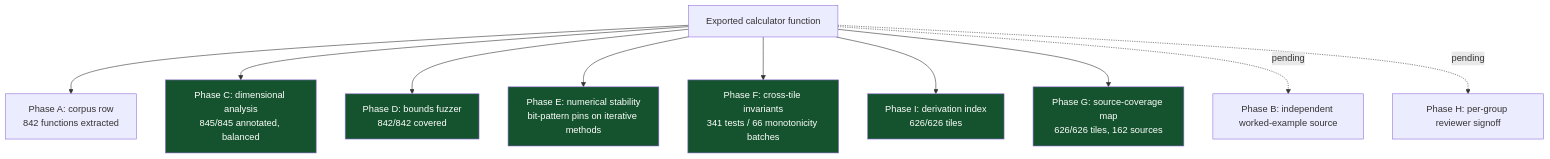
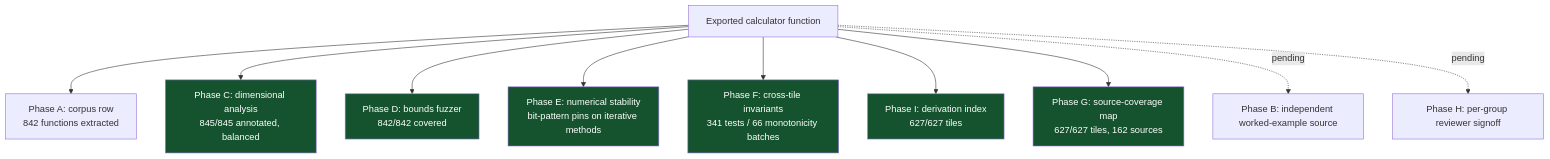
The sixth of 8 diagrams in README.md (clay-good/roughlogic.com), drawn with Mermaid before and after one commit. The commit also changed other lines of this file and 14 other files, not shown here.

````diff
--- a/README.md
+++ b/README.md
@@ -474,18 +474,18 @@
 ```mermaid
 flowchart TB
     F[Exported calculator function] --> A[Phase A: corpus row\n842 functions extracted]
     F --> C[Phase C: dimensional analysis\n845/845 annotated, balanced]
     F --> D[Phase D: bounds fuzzer\n842/842 covered]
     F --> E[Phase E: numerical stability\nbit-pattern pins on iterative methods]
     F --> Fa[Phase F: cross-tile invariants\n341 tests / 66 monotonicity batches]
-    F --> I[Phase I: derivation index\n626/626 tiles]
-    F --> G[Phase G: source-coverage map\n626/626 tiles, 162 sources]
+    F --> I[Phase I: derivation index\n627/627 tiles]
+    F --> G[Phase G: source-coverage map\n627/627 tiles, 162 sources]
     F -.pending.-> B[Phase B: independent worked-example source]
     F -.pending.-> H[Phase H: per-group reviewer signoff]
     style C fill:#14532d,color:#fff
     style D fill:#14532d,color:#fff
     style E fill:#14532d,color:#fff
     style Fa fill:#14532d,color:#fff
     style G fill:#14532d,color:#fff
     style I fill:#14532d,color:#fff
 ```
````
